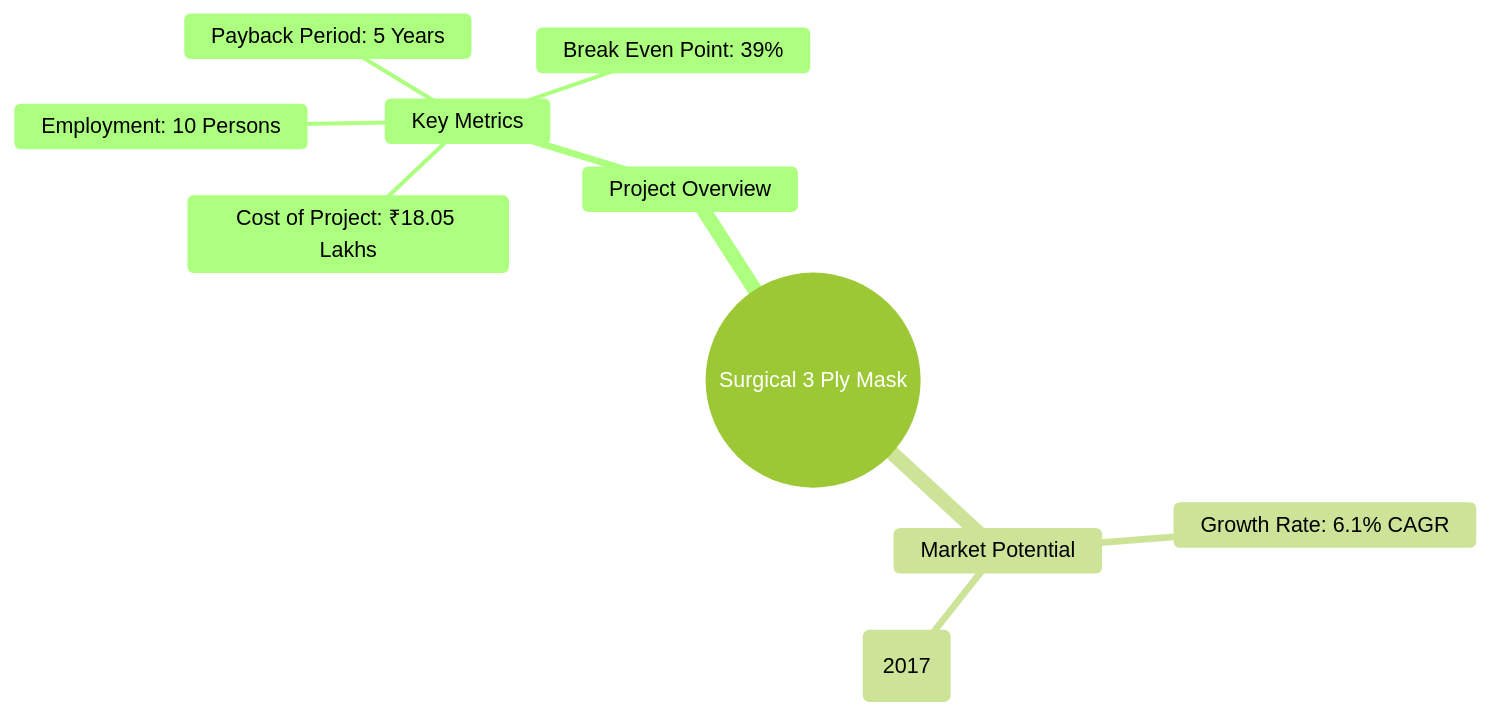
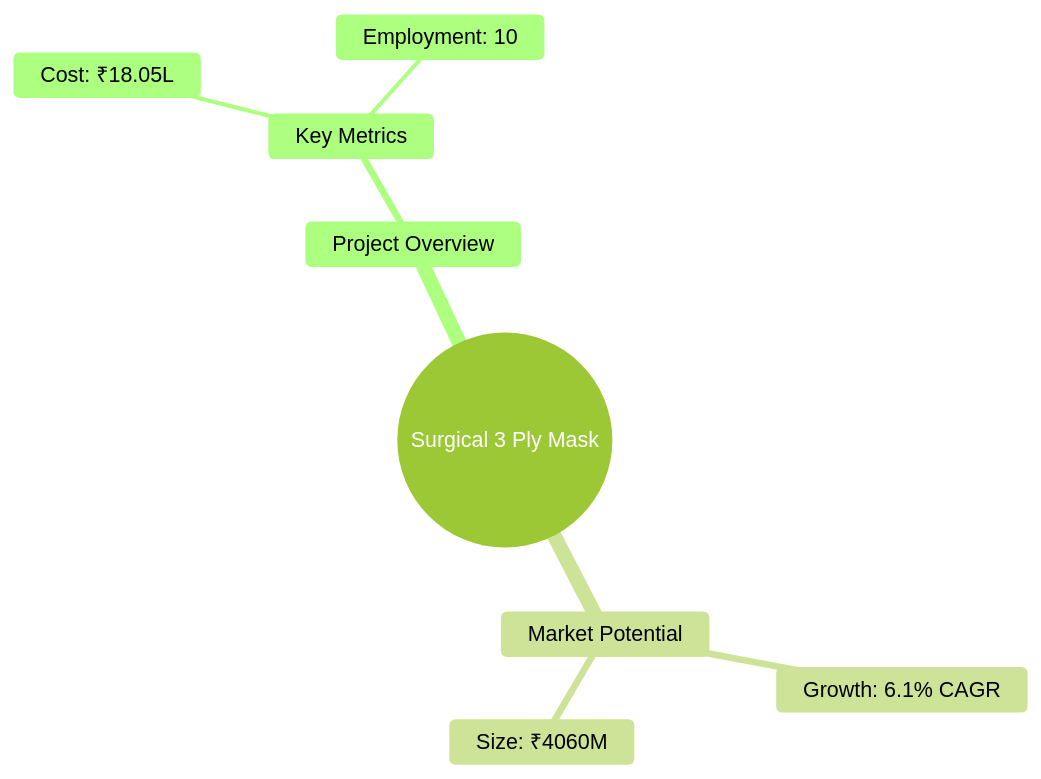
One commit to arindampradhan/pmegpeportal-programme changed the first of 16 diagrams in docs/0001_3PlyMask/Deep-Research.md. Above: the diagram before and after it, drawn with Mermaid (forest theme). The commit also changed other lines of this file and 2 other files, not shown here.

````diff
--- a/docs/0001_3PlyMask/Deep-Research.md
+++ b/docs/0001_3PlyMask/Deep-Research.md
@@ -16,13 +16,11 @@
 ```mermaid
 mindmap
   root((Surgical 3 Ply Mask))
     Project Overview
       Key Metrics
-        Cost of Project: ₹18.05 Lakhs
-        Employment: 10 Persons
-        Payback Period: 5 Years
-        Break Even Point: 39%
+        Cost: ₹18.05L
+        Employment: 10
     Market Potential
-      Growth Rate: 6.1% CAGR
-      Market Size: ₹4,060 million (2017)
+      Growth: 6.1% CAGR
+      Size: ₹4060M
 ```
````
